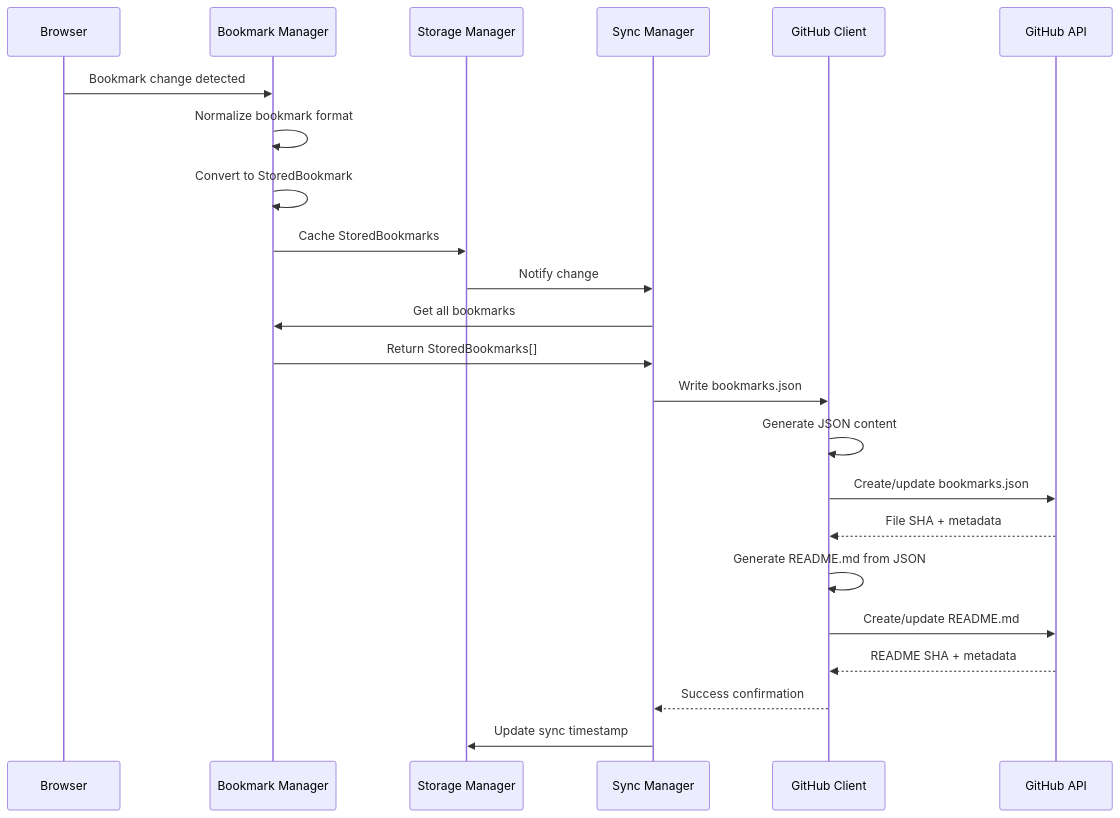
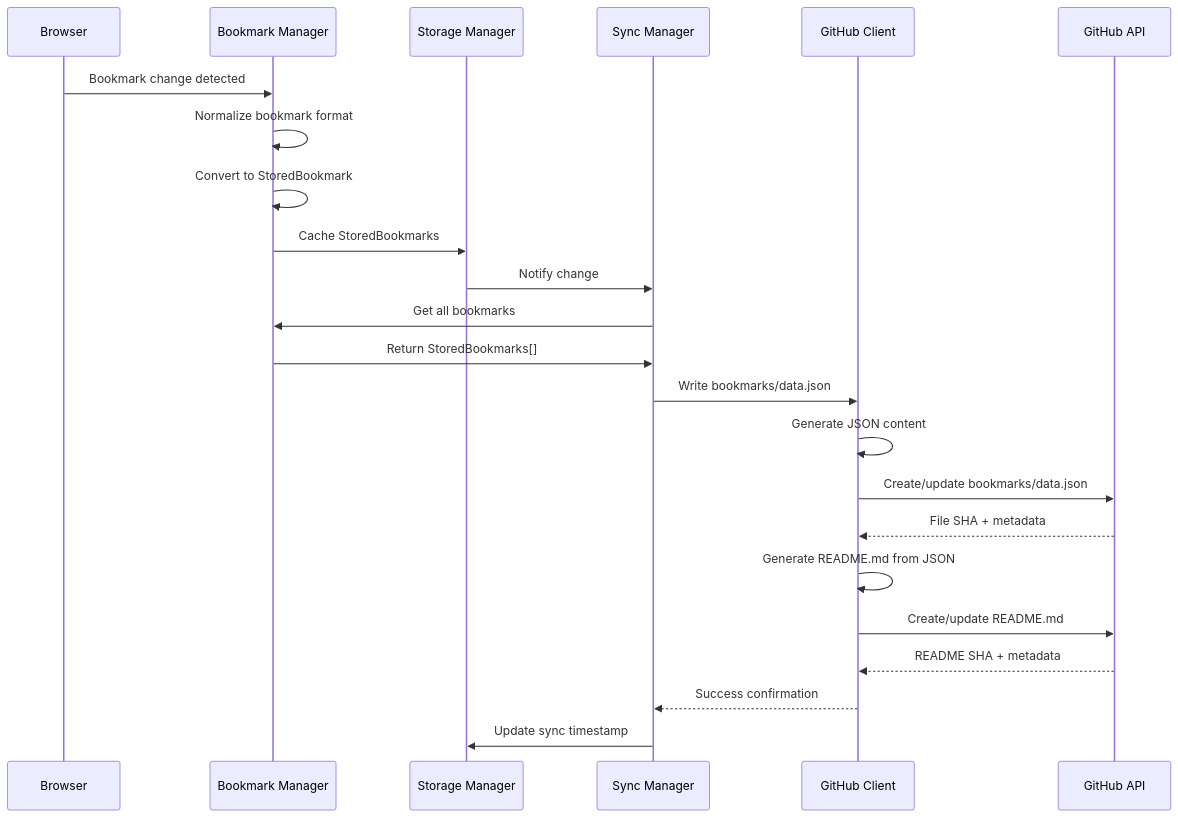
Before and after one commit to danlourenco/hubmarks: the second of 14 diagrams in docs/data-flow.md, drawn with Mermaid. The commit also changed other lines of this file and 4 other files, not shown here.

First line of the commit message:
docs: standardize all paths to use bookmarks/data.json structure

````diff
--- a/docs/data-flow.md
+++ b/docs/data-flow.md
@@ -42,26 +42,26 @@
 ```mermaid
 sequenceDiagram
     participant Browser
     participant BookmarkMgr as Bookmark Manager
     participant Storage as Storage Manager
     participant SyncMgr as Sync Manager
     participant GitHub as GitHub Client
     participant GitHubAPI as GitHub API
     
     Browser->>BookmarkMgr: Bookmark change detected
     BookmarkMgr->>BookmarkMgr: Normalize bookmark format
     BookmarkMgr->>BookmarkMgr: Convert to StoredBookmark
     BookmarkMgr->>Storage: Cache StoredBookmarks
     Storage->>SyncMgr: Notify change
     SyncMgr->>BookmarkMgr: Get all bookmarks
     BookmarkMgr->>SyncMgr: Return StoredBookmarks[]
-    SyncMgr->>GitHub: Write bookmarks.json
+    SyncMgr->>GitHub: Write bookmarks/data.json
     GitHub->>GitHub: Generate JSON content
-    GitHub->>GitHubAPI: Create/update bookmarks.json
+    GitHub->>GitHubAPI: Create/update bookmarks/data.json
     GitHubAPI-->>GitHub: File SHA + metadata
     GitHub->>GitHub: Generate README.md from JSON
     GitHub->>GitHubAPI: Create/update README.md
     GitHubAPI-->>GitHub: README SHA + metadata
     GitHub-->>SyncMgr: Success confirmation
     SyncMgr->>Storage: Update sync timestamp
 ```
````
